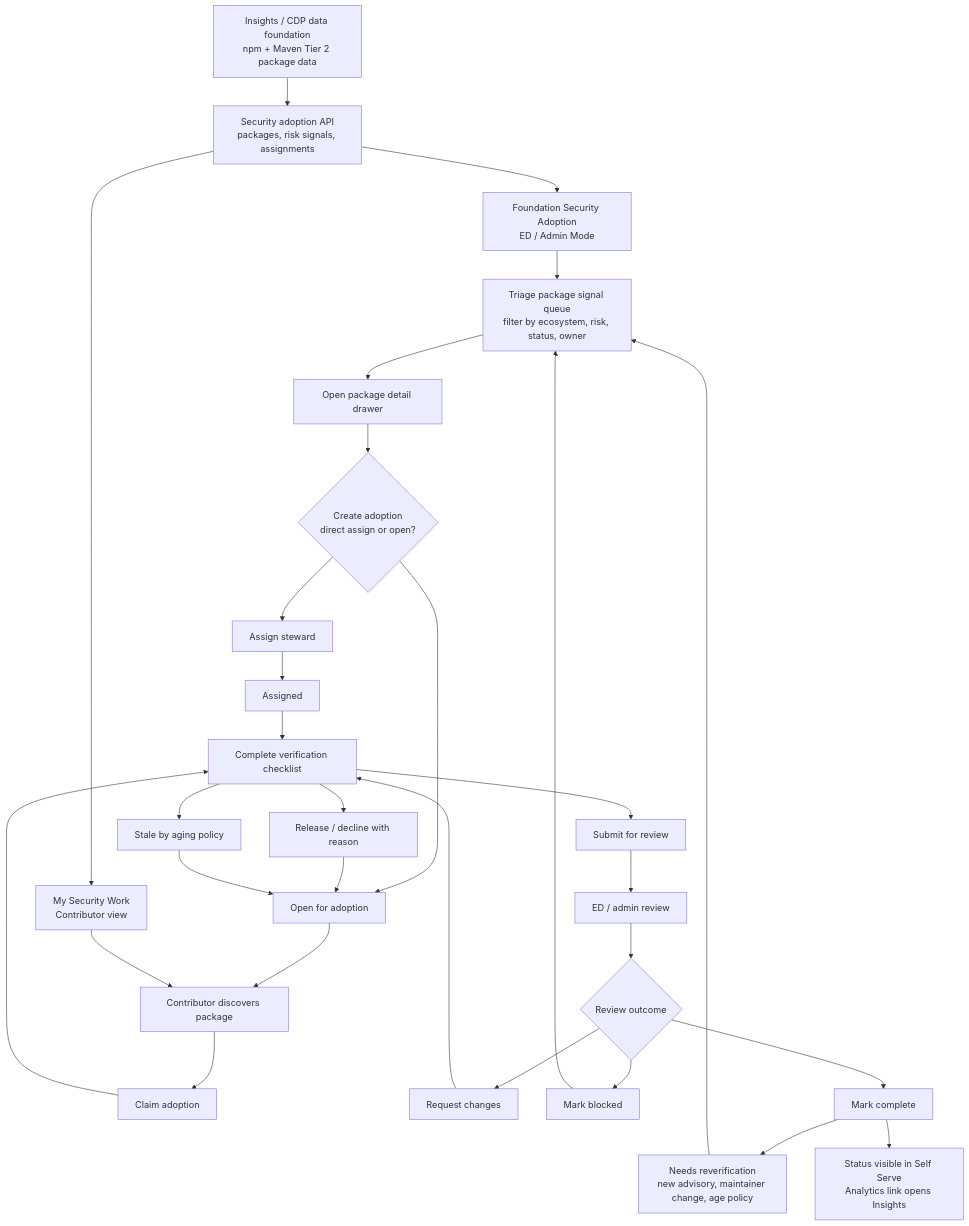
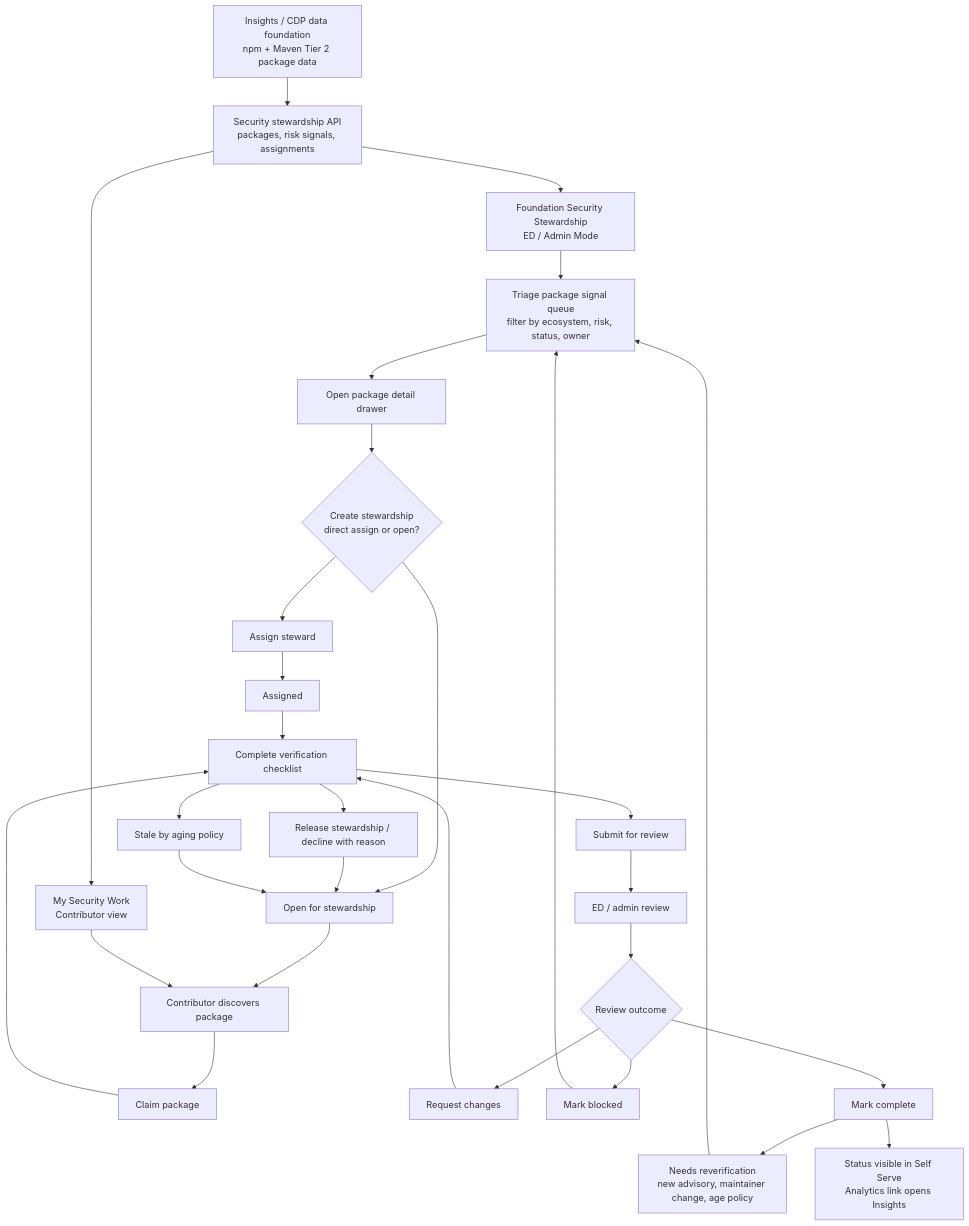
Before and after one commit to linuxfoundation/lfx-v2-ui: the first of 2 diagrams in docs/security-project-adoption.md, drawn with Mermaid. The commit also changed other lines of this file, not shown here.

First line of the commit message:
docs(security): review feedback on stewardship spec

````diff
--- a/docs/security-project-adoption.md
+++ b/docs/security-project-adoption.md
@@ -35,36 +35,36 @@
 ```mermaid
 flowchart TD
-  source["Insights / CDP data foundation<br/>npm + Maven Tier 2 package data"] --> sync["Security adoption API<br/>packages, risk signals, assignments"]
-  sync --> admin["Foundation Security Adoption<br/>ED / Admin Mode"]
+  source["Insights / CDP data foundation<br/>npm + Maven Tier 2 package data"] --> sync["Security stewardship API<br/>packages, risk signals, assignments"]
+  sync --> admin["Foundation Security Stewardship<br/>ED / Admin Mode"]
   sync --> me["My Security Work<br/>Contributor view"]
 
   admin --> triage["Triage package signal queue<br/>filter by ecosystem, risk, status, owner"]
   triage --> detail["Open package detail drawer"]
-  detail --> assign{"Create adoption<br/>direct assign or open?"}
+  detail --> assign{"Create stewardship<br/>direct assign or open?"}
   assign --> direct["Assign steward"]
-  assign --> open["Open for adoption"]
+  assign --> open["Open for stewardship"]
 
   direct --> assigned["Assigned"]
   open --> discover["Contributor discovers package"]
   me --> discover
-  discover --> adopt["Claim adoption"]
-  adopt --> checklist["Complete verification checklist"]
+  discover --> claim["Claim package"]
+  claim --> checklist["Complete verification checklist"]
   checklist --> submit["Submit for review"]
 
   assigned --> checklist
   submit --> review["ED / admin review"]
   review --> changes{"Review outcome"}
   changes --> request["Request changes"]
   request --> checklist
   changes --> blocked["Mark blocked"]
   changes --> complete["Mark complete"]
 
-  checklist --> release["Release / decline with reason"]
+  checklist --> release["Release stewardship / decline with reason"]
   release --> open
   checklist --> stale["Stale by aging policy"]
   stale --> open
   blocked --> triage
   complete --> reverify["Needs reverification<br/>new advisory, maintainer change, age policy"]
   reverify --> triage
   complete --> insights["Status visible in Self Serve<br/>Analytics link opens Insights"]
 ```
````
